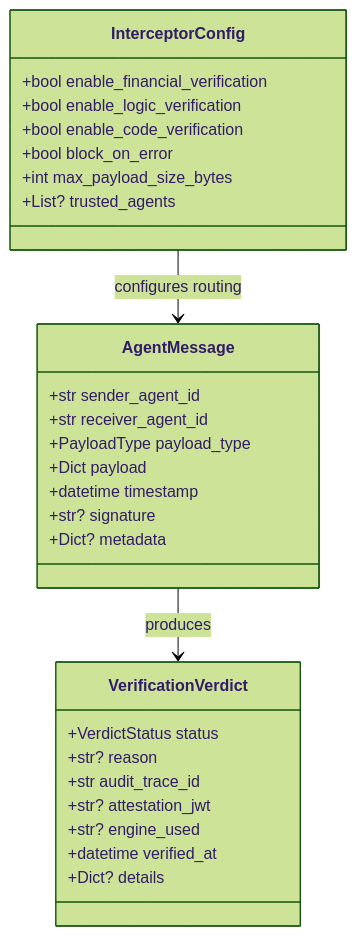
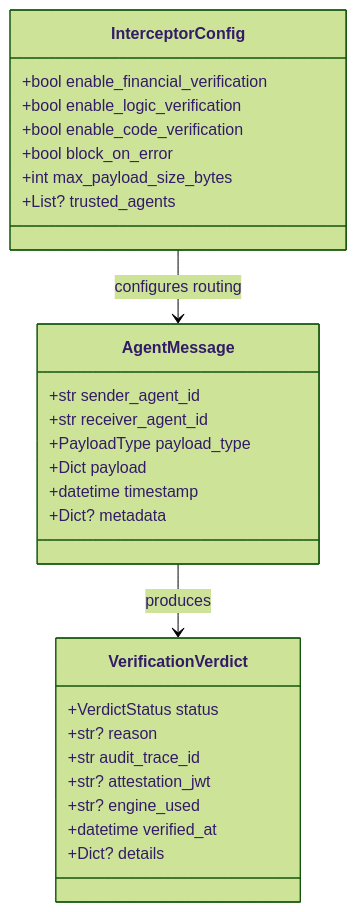
Before and after one commit to QWED-AI/docs: the fifth of 5 diagrams in a2a/architecture.mdx, drawn with Mermaid (forest theme). The commit also changed other lines of this file and 4 other files, not shown here.

````diff
--- a/a2a/architecture.mdx
+++ b/a2a/architecture.mdx
@@ -163,34 +163,33 @@
 ```mermaid
 classDiagram
     class AgentMessage {
         +str sender_agent_id
         +str receiver_agent_id
         +PayloadType payload_type
         +Dict payload
         +datetime timestamp
-        +str? signature
         +Dict? metadata
     }
 
     class VerificationVerdict {
         +VerdictStatus status
         +str? reason
         +str audit_trace_id
         +str? attestation_jwt
         +str? engine_used
         +datetime verified_at
         +Dict? details
     }
 
     class InterceptorConfig {
         +bool enable_financial_verification
         +bool enable_logic_verification
         +bool enable_code_verification
         +bool block_on_error
         +int max_payload_size_bytes
         +List? trusted_agents
     }
 
     AgentMessage --> VerificationVerdict : produces
     InterceptorConfig --> AgentMessage : configures routing
 ```
````
